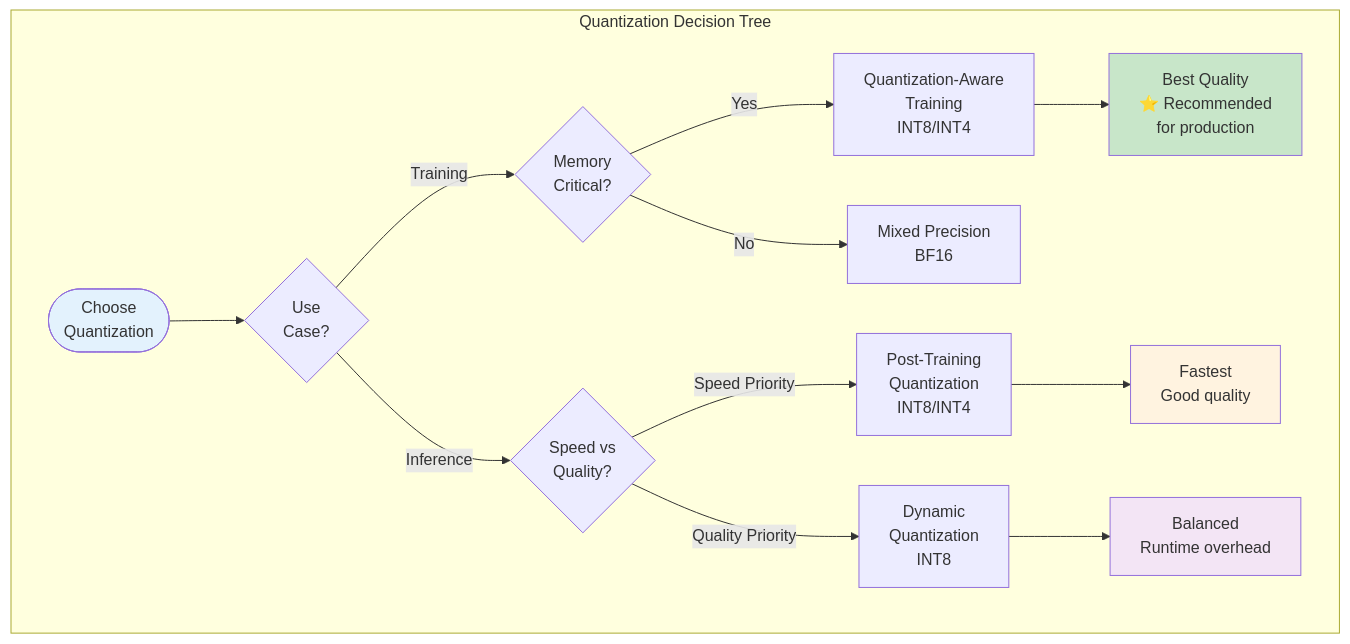
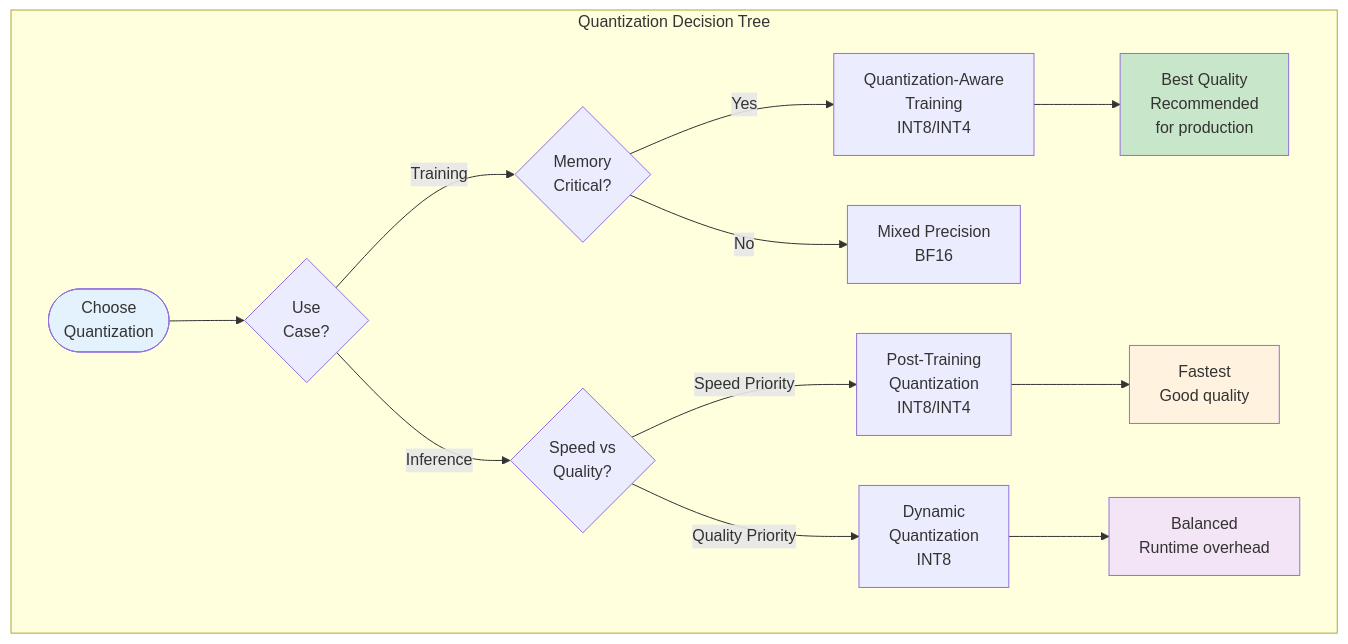
Diagram 21 of 25 in code/docs/05_OPTIMIZATION_GUIDE.md (Pizzaman213/Ava_AI), drawn with Mermaid before and after one commit. The commit also changed other lines of this file and 215 other files, not shown here.

````diff
--- a/code/docs/05_OPTIMIZATION_GUIDE.md
+++ b/code/docs/05_OPTIMIZATION_GUIDE.md
@@ -1086,24 +1086,24 @@
 ```mermaid
 flowchart TD
     subgraph "Quantization Decision Tree"
         Start([Choose<br/>Quantization]) --> Q1{Use<br/>Case?}
 
         Q1 -->|Training| Q2{Memory<br/>Critical?}
         Q1 -->|Inference| Q3{Speed vs<br/>Quality?}
 
         Q2 -->|Yes| QAT[Quantization-Aware<br/>Training<br/>INT8/INT4]
         Q2 -->|No| Mixed[Mixed Precision<br/>BF16]
 
         Q3 -->|Speed Priority| PTQ[Post-Training<br/>Quantization<br/>INT8/INT4]
         Q3 -->|Quality Priority| Dynamic[Dynamic<br/>Quantization<br/>INT8]
 
-        QAT --> Best[Best Quality<br/>⭐ Recommended<br/>for production]
+        QAT --> Best[Best Quality<br/> Recommended<br/>for production]
         PTQ --> Fast[Fastest<br/>Good quality]
         Dynamic --> Balance[Balanced<br/>Runtime overhead]
     end
 
     style Start fill:#e3f2fd
     style Best fill:#c8e6c9
     style Fast fill:#fff3e0
     style Balance fill:#f3e5f5
 ```
````
